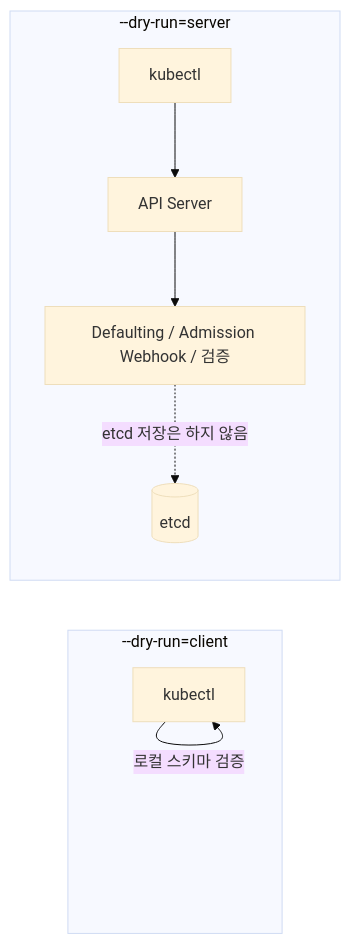
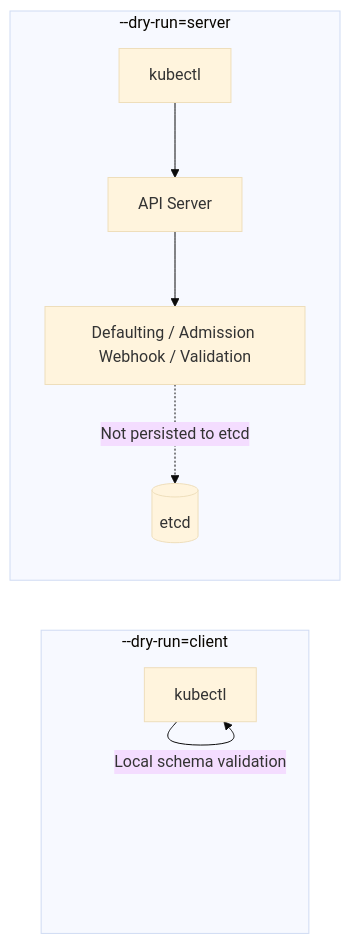
Before and after one commit to jeonck/k8s-adv: the diagram in content/basics/01-kubectl.md, drawn with Mermaid (base theme). The commit also changed other lines of this file and 223 other files, not shown here.

````diff
--- a/content/basics/01-kubectl.md
+++ b/content/basics/01-kubectl.md
@@ -41,11 +41,11 @@
 ```mermaid
 flowchart LR
     subgraph C["--dry-run=client"]
-        K1[kubectl] -->|"로컬 스키마 검증"| K1
+        K1[kubectl] -->|"Local schema validation"| K1
     end
     subgraph S["--dry-run=server"]
         K2[kubectl] --> API[API Server]
-        API --> ADM["Defaulting / Admission Webhook / 검증"]
-        ADM -. "etcd 저장은 하지 않음" .-> ETCD[(etcd)]
+        API --> ADM["Defaulting / Admission Webhook / Validation"]
+        ADM -. "Not persisted to etcd" .-> ETCD[(etcd)]
     end
 ```
````
